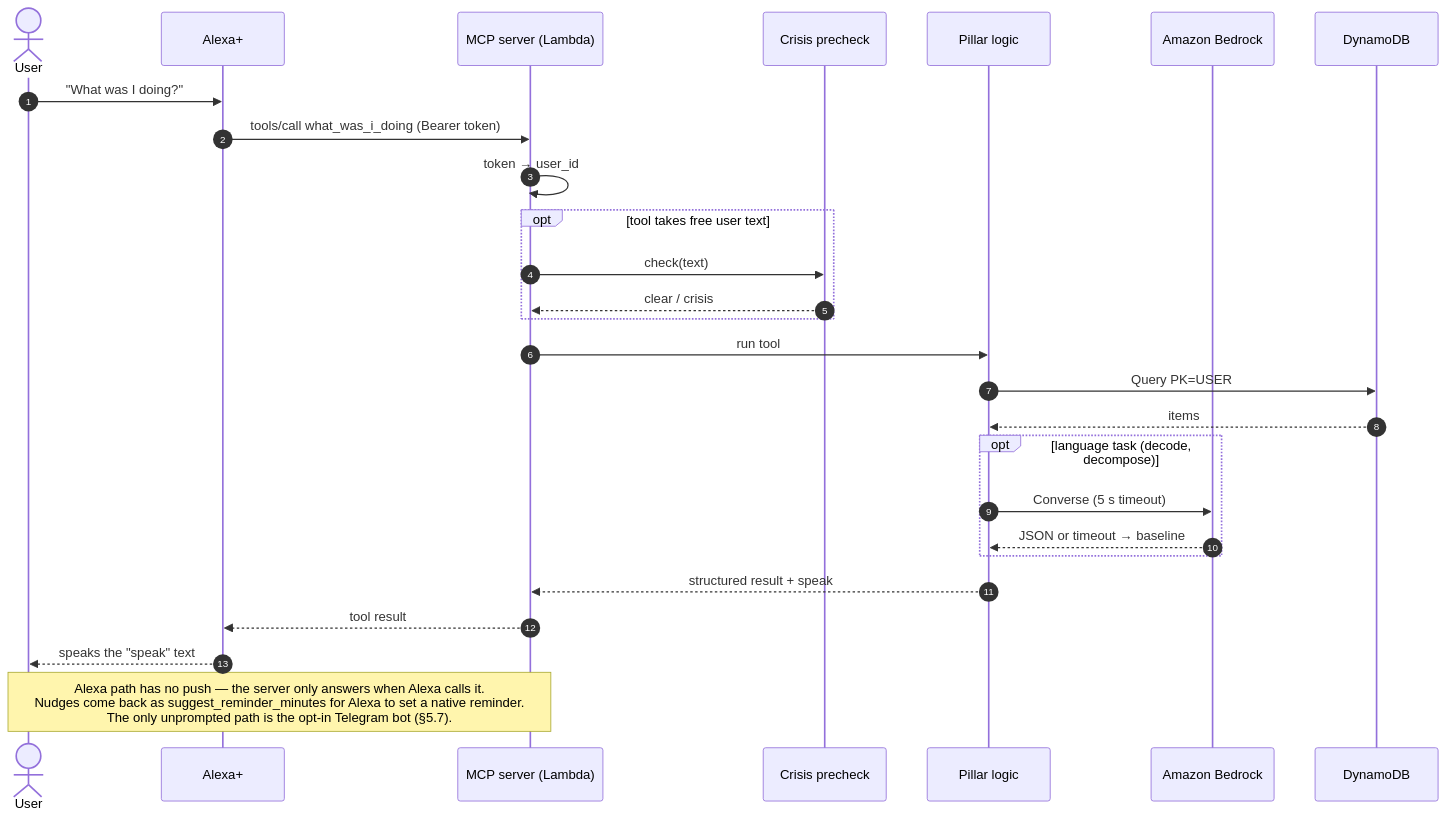
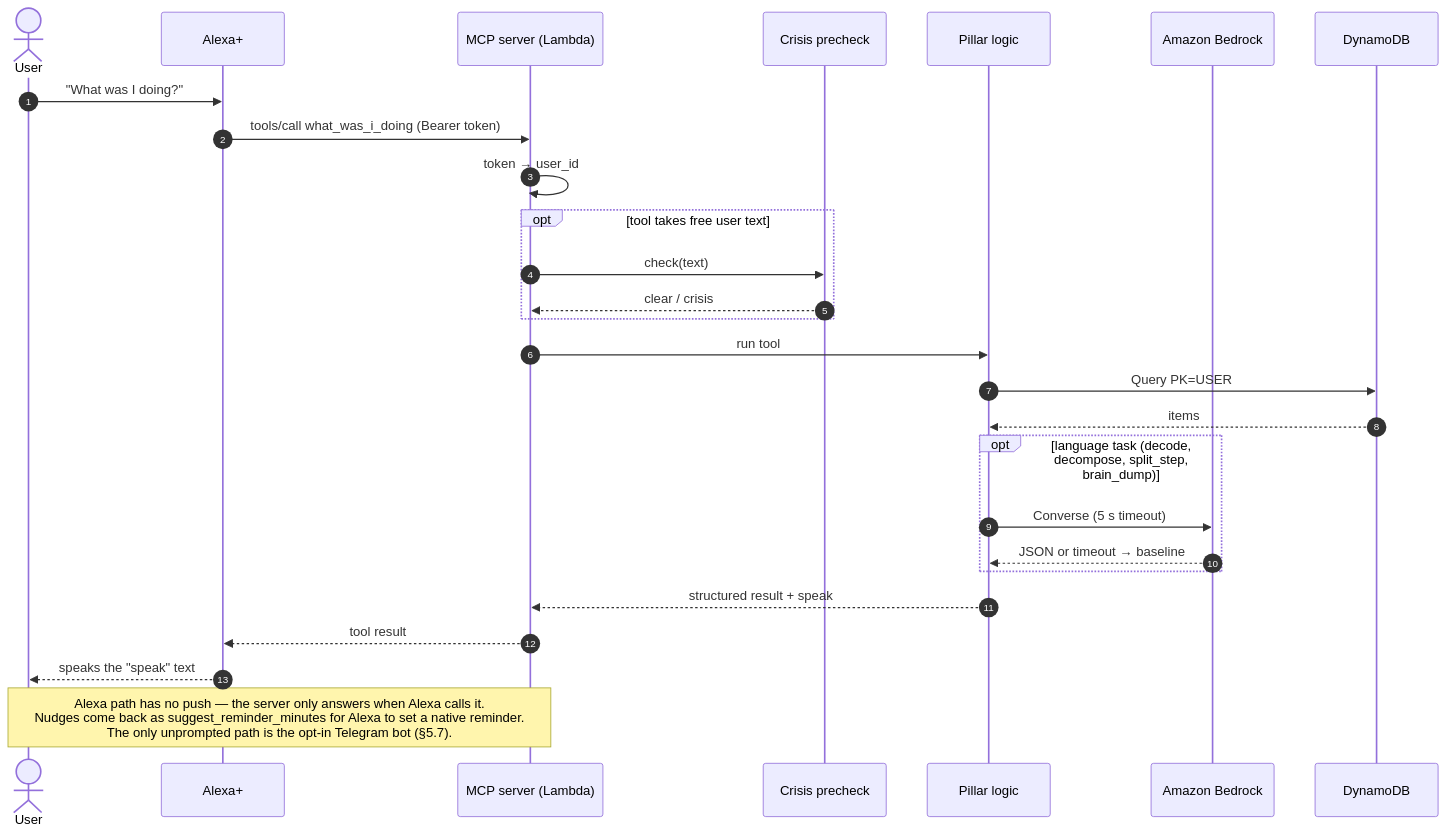
Before and after one commit to navinrc/NeuroCare: the first of 10 diagrams in docs/spec.md, drawn with Mermaid. The commit also changed other lines of this file and 3 other files, not shown here.

````diff
--- a/docs/spec.md
+++ b/docs/spec.md
@@ -56,30 +56,30 @@
 ```mermaid
 sequenceDiagram
     autonumber
     actor U as User
     participant A as Alexa+
     participant S as MCP server (Lambda)
     participant C as Crisis precheck
     participant P as Pillar logic
     participant B as Amazon Bedrock
     participant D as DynamoDB
 
     U->>A: "What was I doing?"
     A->>S: tools/call what_was_i_doing (Bearer token)
     S->>S: token → user_id
     opt tool takes free user text
         S->>C: check(text)
         C-->>S: clear / crisis
     end
     S->>P: run tool
     P->>D: Query PK=USER#id
     D-->>P: items
-    opt language task (decode, decompose)
+    opt language task (decode, decompose, split_step, brain_dump)
         P->>B: Converse (5 s timeout)
         B-->>P: JSON or timeout → baseline
     end
     P-->>S: structured result + speak
     S-->>A: tool result
     A-->>U: speaks the "speak" text
     Note over S,U: Alexa path has no push — the server only answers when Alexa calls it.<br/>Nudges come back as suggest_reminder_minutes for Alexa to set a native reminder.<br/>The only unprompted path is the opt-in Telegram bot (§5.7).
 ```
````
